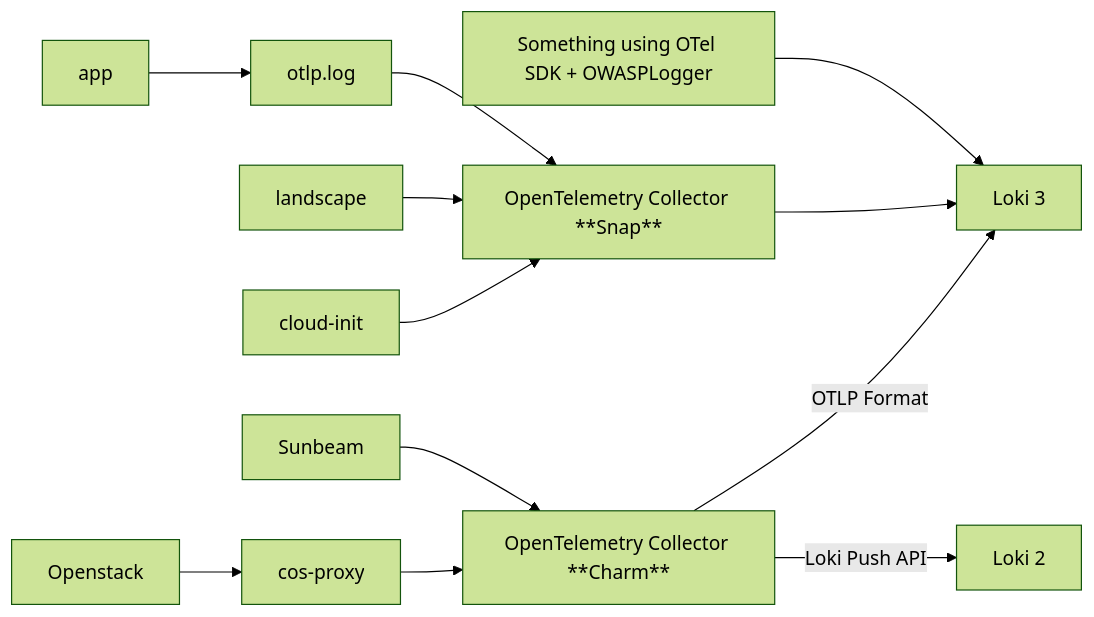
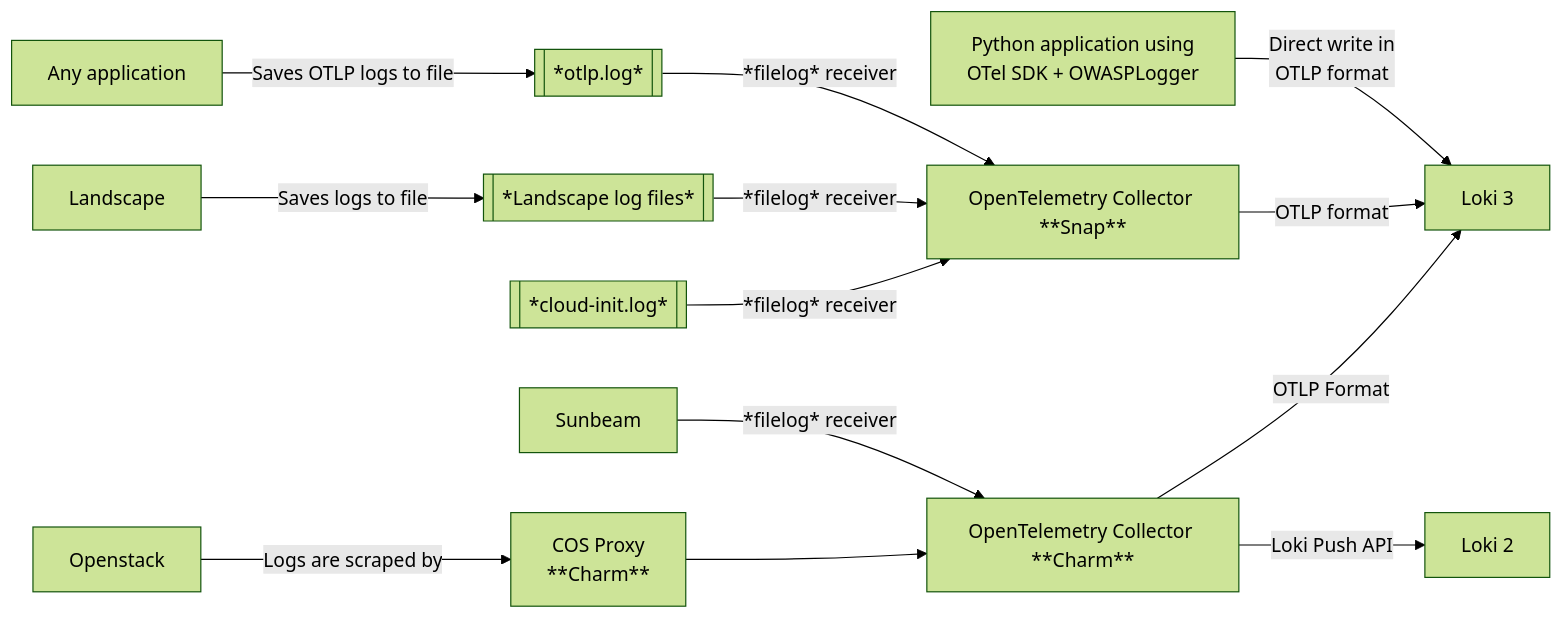
One commit to lucabello/owasp-logger changed the diagram in README.md. Above: the diagram before and after it, drawn with Mermaid (forest theme). The commit also changed other lines of this file and 9 other files, not shown here.

````diff
--- a/README.md
+++ b/README.md
@@ -48,26 +151,30 @@
 ```mermaid
 flowchart LR
     openstack[Openstack]
     sunbeam[Sunbeam]
-    landscape
-    cloud-init
-    something[Something using OTel SDK + OWASPLogger]
-    cos-proxy
+    landscape[Landscape]
+    landscapelog[["*Landscape log files*"]]
+    cloud-init[["*cloud-init.log*"]]
+    app["Any application"]
+    otlplog[["*otlp.log*"]]
+    something[Python application using<br>OTel SDK + OWASPLogger]
+    cos-proxy["COS Proxy<br>**Charm**"]
     otelcol-snap[OpenTelemetry Collector **Snap**]
     otelcol-charm[OpenTelemetry Collector **Charm**]
     loki2[Loki 2]
     loki3[Loki 3]
 
-    openstack --> cos-proxy
-    sunbeam --> otelcol-charm
-    app --> otlplog["otlp.log"]
-    otlplog --> otelcol-snap
-    landscape --> otelcol-snap
-    cloud-init --> otelcol-snap
-    something --> loki3
+    openstack -->|Logs are scraped by| cos-proxy
+    sunbeam -->|*filelog* receiver| otelcol-charm
+    app -->|Saves OTLP logs to file| otlplog
+    otlplog -->|*filelog* receiver| otelcol-snap
+    landscape -->|Saves logs to file| landscapelog
+    landscapelog -->|*filelog* receiver| otelcol-snap
+    cloud-init -->|*filelog* receiver| otelcol-snap
+    something -->|Direct write in<br>OTLP format| loki3
 
     cos-proxy --> otelcol-charm
-    otelcol-snap --> loki3
+    otelcol-snap -->|OTLP format| loki3
     otelcol-charm -->|OTLP Format| loki3
     otelcol-charm -->|Loki Push API| loki2
 ```
````
